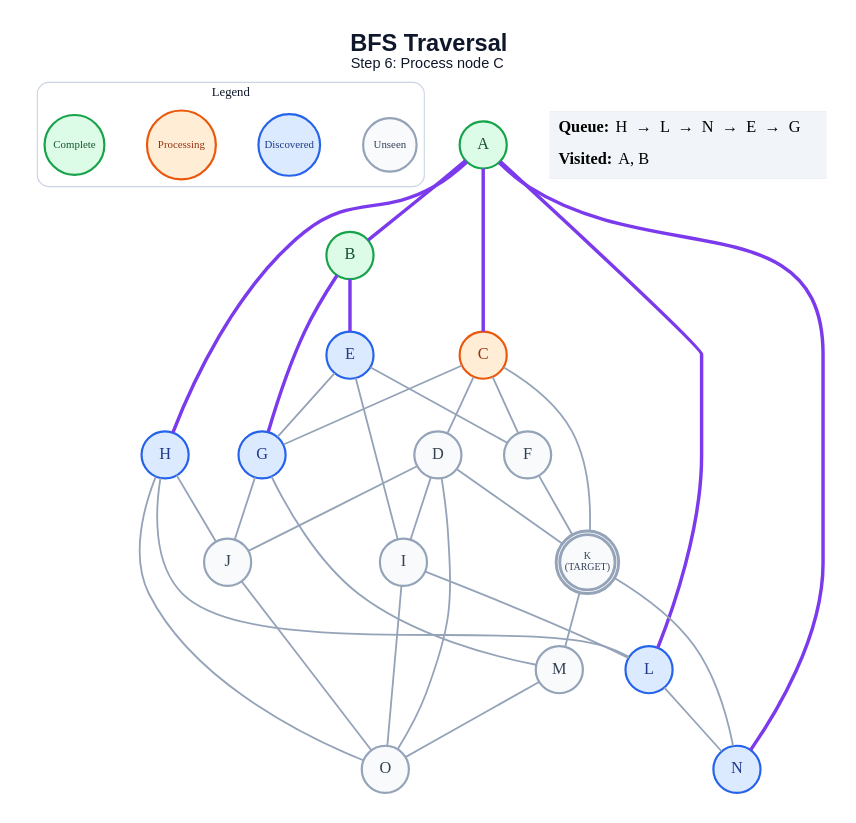
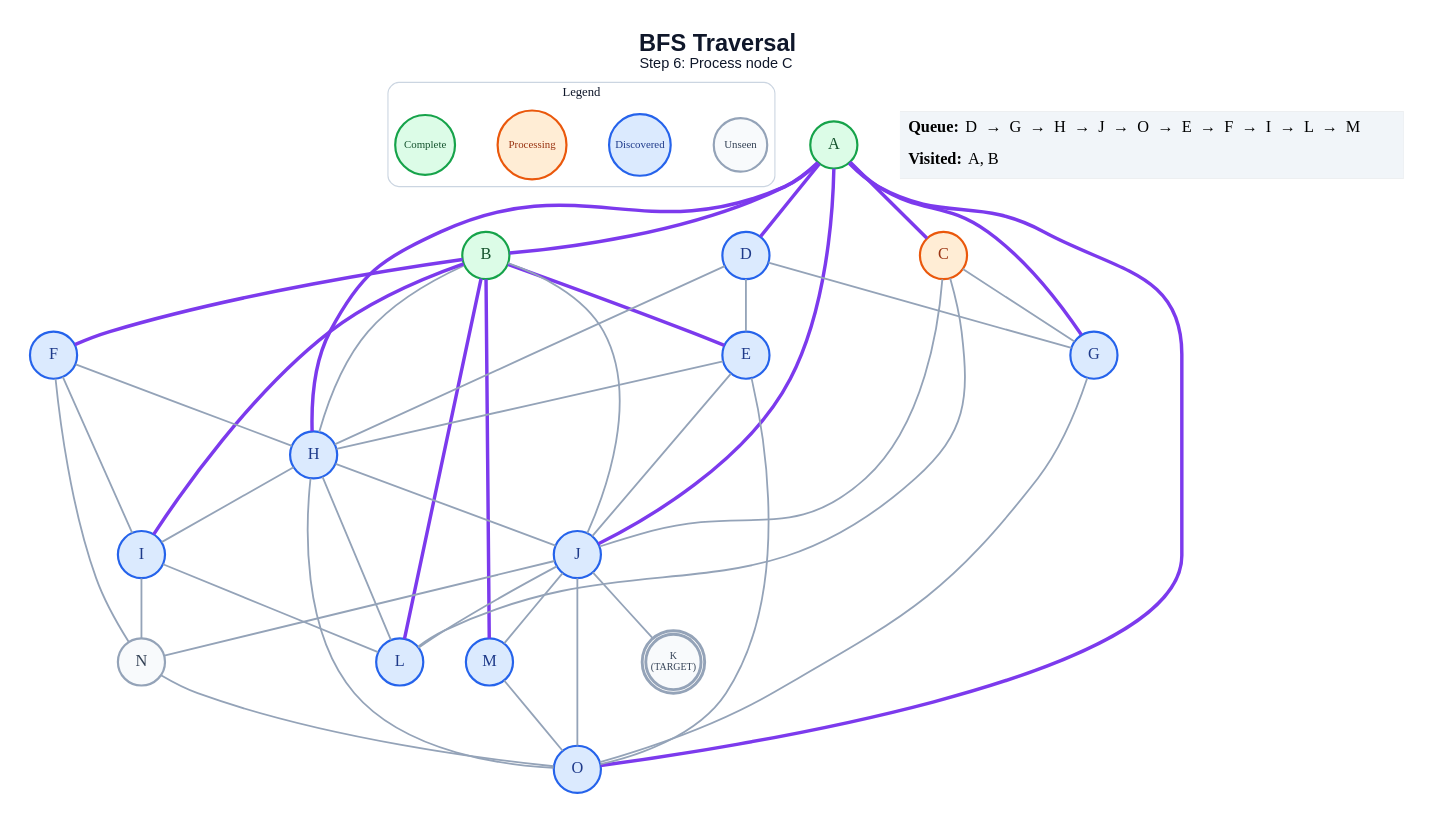
Before and after one commit to anon7238593-create/ai-slop: the diagram in generated/bfs/step_06.dot, drawn with Graphviz. The commit also changed 336 other files, not shown here.

```diff
--- a/generated/bfs/step_06.dot
+++ b/generated/bfs/step_06.dot
@@ -1,65 +1,74 @@
 graph traversal {
   graph [layout=dot, rankdir=TB, bgcolor="#FFFFFF", pad="0.35", nodesep="0.65", ranksep="0.8", fontname="Arial"];
   node [shape=circle, style="filled", fontname="Arial Bold", fontsize=18, width=0.72, fixedsize=true, penwidth=2.4];
   edge [color="#94A3B8", penwidth=2.0];
   label=<<B>BFS Traversal</B><BR/><FONT POINT-SIZE="16">Step 6: Process node C</FONT>>; labelloc="t"; fontsize=26; fontname="Arial"; fontcolor="#0F172A";
   subgraph cluster_legend { label="Legend"; color="#CBD5E1"; penwidth=1.2; style="rounded"; fontsize=14; fontname="Arial Bold";
     key_unseen [label="Unseen", fillcolor="#F8FAFC", color="#94A3B8", fontcolor="#334155", fontsize=12, width=0.82];
     key_frontier [label="Discovered", fillcolor="#DBEAFE", color="#2563EB", fontcolor="#1E3A8A", fontsize=12, width=0.95];
     key_current [label="Processing", fillcolor="#FFEDD5", color="#EA580C", fontcolor="#9A3412", fontsize=12, width=1.05];
     key_done [label="Complete", fillcolor="#DCFCE7", color="#16A34A", fontcolor="#14532D", fontsize=12, width=0.92];
     { rank=same; key_unseen; key_frontier; key_current; key_done; }
   }
   A [label="A", fillcolor="#DCFCE7", color="#16A34A", fontcolor="#14532D", peripheries=1, penwidth=2.4];
   B [label="B", fillcolor="#DCFCE7", color="#16A34A", fontcolor="#14532D", peripheries=1, penwidth=2.4];
   C [label="C", fillcolor="#FFEDD5", color="#EA580C", fontcolor="#9A3412", peripheries=1, penwidth=2.4];
-  D [label="D", fillcolor="#F8FAFC", color="#94A3B8", fontcolor="#334155", peripheries=1, penwidth=2.4];
+  D [label="D", fillcolor="#DBEAFE", color="#2563EB", fontcolor="#1E3A8A", peripheries=1, penwidth=2.4];
   E [label="E", fillcolor="#DBEAFE", color="#2563EB", fontcolor="#1E3A8A", peripheries=1, penwidth=2.4];
-  F [label="F", fillcolor="#F8FAFC", color="#94A3B8", fontcolor="#334155", peripheries=1, penwidth=2.4];
+  F [label="F", fillcolor="#DBEAFE", color="#2563EB", fontcolor="#1E3A8A", peripheries=1, penwidth=2.4];
   G [label="G", fillcolor="#DBEAFE", color="#2563EB", fontcolor="#1E3A8A", peripheries=1, penwidth=2.4];
   H [label="H", fillcolor="#DBEAFE", color="#2563EB", fontcolor="#1E3A8A", peripheries=1, penwidth=2.4];
-  I [label="I", fillcolor="#F8FAFC", color="#94A3B8", fontcolor="#334155", peripheries=1, penwidth=2.4];
-  J [label="J", fillcolor="#F8FAFC", color="#94A3B8", fontcolor="#334155", peripheries=1, penwidth=2.4];
+  I [label="I", fillcolor="#DBEAFE", color="#2563EB", fontcolor="#1E3A8A", peripheries=1, penwidth=2.4];
+  J [label="J", fillcolor="#DBEAFE", color="#2563EB", fontcolor="#1E3A8A", peripheries=1, penwidth=2.4];
   K [label="K\n(TARGET)", fillcolor="#F8FAFC", color="#94A3B8", fontcolor="#334155", peripheries=2, penwidth=3.2, fontsize=11, width=0.85, height=0.85];
   L [label="L", fillcolor="#DBEAFE", color="#2563EB", fontcolor="#1E3A8A", peripheries=1, penwidth=2.4];
-  M [label="M", fillcolor="#F8FAFC", color="#94A3B8", fontcolor="#334155", peripheries=1, penwidth=2.4];
-  N [label="N", fillcolor="#DBEAFE", color="#2563EB", fontcolor="#1E3A8A", peripheries=1, penwidth=2.4];
-  O [label="O", fillcolor="#F8FAFC", color="#94A3B8", fontcolor="#334155", peripheries=1, penwidth=2.4];
+  M [label="M", fillcolor="#DBEAFE", color="#2563EB", fontcolor="#1E3A8A", peripheries=1, penwidth=2.4];
+  N [label="N", fillcolor="#F8FAFC", color="#94A3B8", fontcolor="#334155", peripheries=1, penwidth=2.4];
+  O [label="O", fillcolor="#DBEAFE", color="#2563EB", fontcolor="#1E3A8A", peripheries=1, penwidth=2.4];
   A -- B [color="#7C3AED", penwidth=3.8];
   A -- C [color="#7C3AED", penwidth=3.8];
+  A -- D [color="#7C3AED", penwidth=3.8];
+  A -- G [color="#7C3AED", penwidth=3.8];
   A -- H [color="#7C3AED", penwidth=3.8];
-  A -- L [color="#7C3AED", penwidth=3.8];
-  A -- N [color="#7C3AED", penwidth=3.8];
+  A -- J [color="#7C3AED", penwidth=3.8];
+  A -- O [color="#7C3AED", penwidth=3.8];
   B -- E [color="#7C3AED", penwidth=3.8];
-  B -- G [color="#7C3AED", penwidth=3.8];
-  C -- D;
-  C -- F;
+  B -- F [color="#7C3AED", penwidth=3.8];
+  B -- H;
+  B -- I [color="#7C3AED", penwidth=3.8];
+  B -- J;
+  B -- L [color="#7C3AED", penwidth=3.8];
+  B -- M [color="#7C3AED", penwidth=3.8];
   C -- G;
-  C -- K;
-  D -- I;
-  D -- J;
-  D -- K;
-  D -- O;
-  E -- F;
-  E -- G;
-  E -- I;
-  F -- K;
-  G -- J;
-  G -- M;
+  C -- J;
+  C -- L;
+  D -- E;
+  D -- G;
+  D -- H;
+  E -- H;
+  E -- J;
+  E -- O;
+  F -- H;
+  F -- I;
+  F -- N;
+  G -- O;
+  H -- I;
   H -- J;
   H -- L;
   H -- O;
   I -- L;
-  I -- O;
+  I -- N;
+  J -- K;
+  J -- L;
+  J -- M;
+  J -- N;
   J -- O;
-  K -- M;
-  K -- N;
-  L -- N;
   M -- O;
+  N -- O;
   status [shape=plain, fixedsize=false, width=0, height=0, margin=0, label=<
     <TABLE BORDER="0" CELLBORDER="0" CELLPADDING="7" BGCOLOR="#F1F5F9">
-      <TR><TD ALIGN="LEFT"><B>Queue:</B> H  →  L  →  N  →  E  →  G</TD></TR>
+      <TR><TD ALIGN="LEFT"><B>Queue:</B> D  →  G  →  H  →  J  →  O  →  E  →  F  →  I  →  L  →  M</TD></TR>
       <TR><TD ALIGN="LEFT"><B>Visited:</B> A, B</TD></TR>
     </TABLE>
   >];
 }
```
